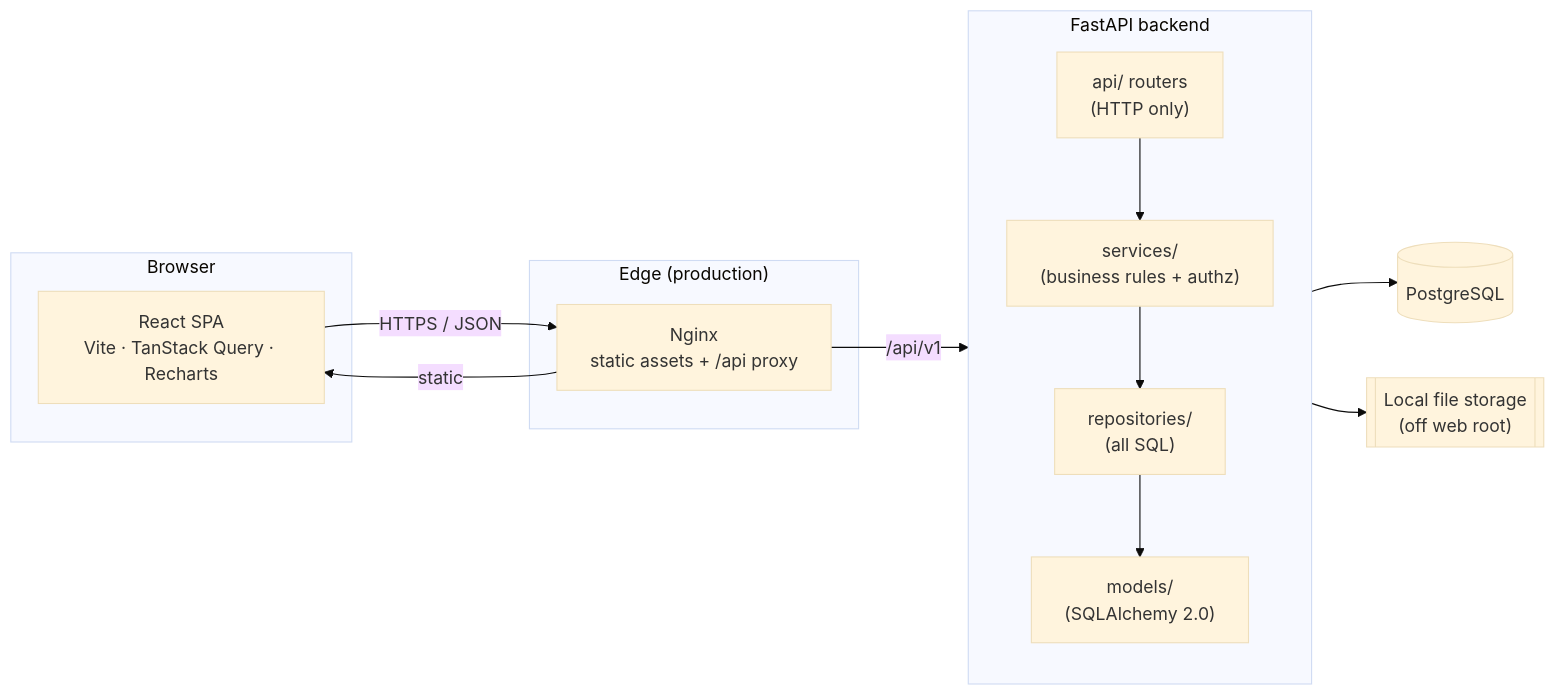
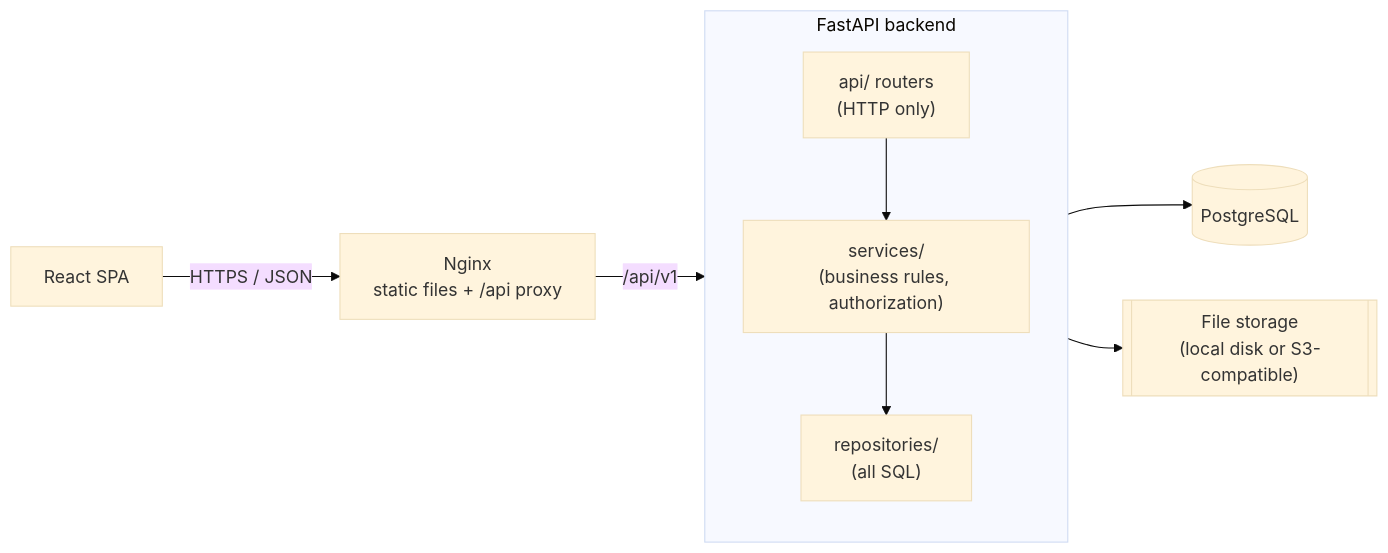
Before and after one commit to Joun-Mikhail/careerflow: the diagram in README.md, drawn with Mermaid (base theme). The commit also changed other lines of this file and 3 other files, not shown here.

````diff
--- a/README.md
+++ b/README.md
@@ -170,24 +84,11 @@
 ```mermaid
 flowchart LR
-    subgraph Browser
-        SPA["React SPA<br/>Vite · TanStack Query · Recharts"]
-    end
-    subgraph Edge["Edge (production)"]
-        NGINX["Nginx<br/>static assets + /api proxy"]
-    end
+    SPA["React SPA"] -->|HTTPS / JSON| NGINX["Nginx<br/>static files + /api proxy"]
+    NGINX -->|/api/v1| ROUTERS
     subgraph Backend["FastAPI backend"]
         direction TB
-        ROUTERS["api/ routers<br/>(HTTP only)"]
-        SERVICES["services/<br/>(business rules + authz)"]
-        REPOS["repositories/<br/>(all SQL)"]
-        MODELS["models/<br/>(SQLAlchemy 2.0)"]
-        ROUTERS --> SERVICES --> REPOS --> MODELS
+        ROUTERS["api/ routers<br/>(HTTP only)"] --> SERVICES["services/<br/>(business rules, authorization)"] --> REPOS["repositories/<br/>(all SQL)"]
     end
-    DB[("PostgreSQL")]
-    FILES[["Local file storage<br/>(off web root)"]]
-    SPA -->|HTTPS / JSON| NGINX
-    NGINX -->|/api/v1| ROUTERS
-    NGINX -->|static| SPA
-    MODELS --> DB
-    SERVICES --> FILES
+    REPOS --> DB[("PostgreSQL")]
+    SERVICES --> FILES[["File storage<br/>(local disk or S3-compatible)"]]
 ```
````
